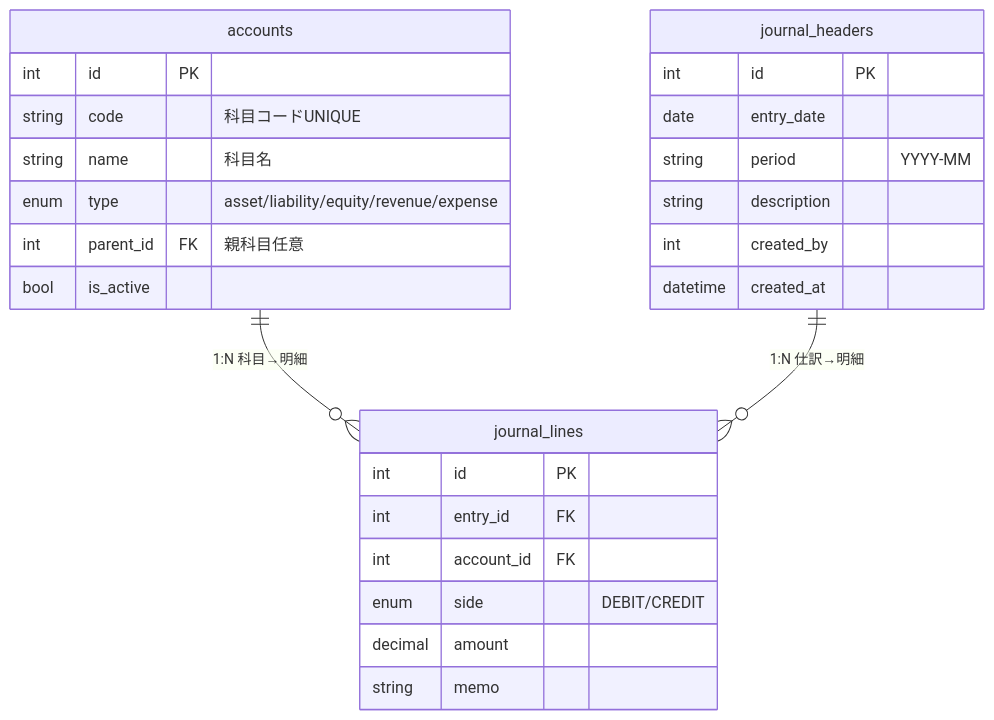
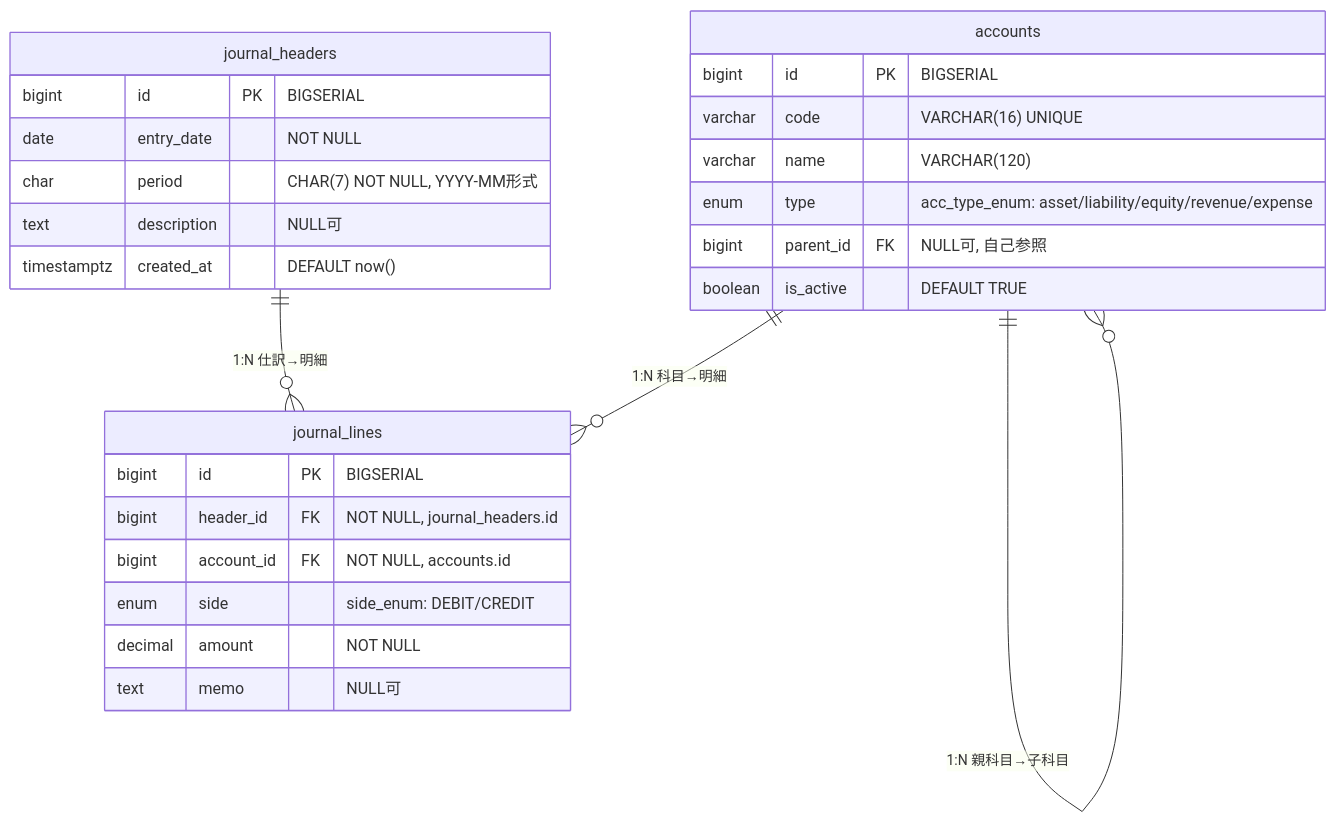
The diagram in docs/01_high_er_diagram.md (kmh-no3/journAPI), drawn with Mermaid before and after one commit. The commit also changed other lines of this file and 9 other files, not shown here.

````diff
--- a/docs/01_high_er_diagram.md
+++ b/docs/01_high_er_diagram.md
@@ -5,33 +5,33 @@
 ```mermaid
 erDiagram
     accounts {
-        int id PK
-        string code "科目コードUNIQUE"
-        string name "科目名"
-        enum type "asset/liability/equity/revenue/expense"
-        int parent_id FK "親科目任意"
-        bool is_active
+        bigint id PK "BIGSERIAL"
+        varchar code "VARCHAR(16) UNIQUE"
+        varchar name "VARCHAR(120)"
+        enum type "acc_type_enum: asset/liability/equity/revenue/expense"
+        bigint parent_id FK "NULL可, 自己参照"
+        boolean is_active "DEFAULT TRUE"
     }
 
     journal_headers {
-        int id PK
-        date entry_date
-        string period "YYYY-MM"
-        string description
-        int created_by
-        datetime created_at
+        bigint id PK "BIGSERIAL"
+        date entry_date "NOT NULL"
+        char period "CHAR(7) NOT NULL, YYYY-MM形式"
+        text description "NULL可"
+        timestamptz created_at "DEFAULT now()"
     }
 
     journal_lines {
-        int id PK
-        int entry_id FK
-        int account_id FK
-        enum side "DEBIT/CREDIT"
-        decimal amount
-        string memo
+        bigint id PK "BIGSERIAL"
+        bigint header_id FK "NOT NULL, journal_headers.id"
+        bigint account_id FK "NOT NULL, accounts.id"
+        enum side "side_enum: DEBIT/CREDIT"
+        decimal amount "NOT NULL"
+        text memo "NULL可"
     }
 
     %% Relations
     accounts ||--o{ journal_lines : "1:N 科目→明細"
     journal_headers ||--o{ journal_lines : "1:N 仕訳→明細"
+    accounts ||--o{ accounts : "1:N 親科目→子科目"
 ```
````
